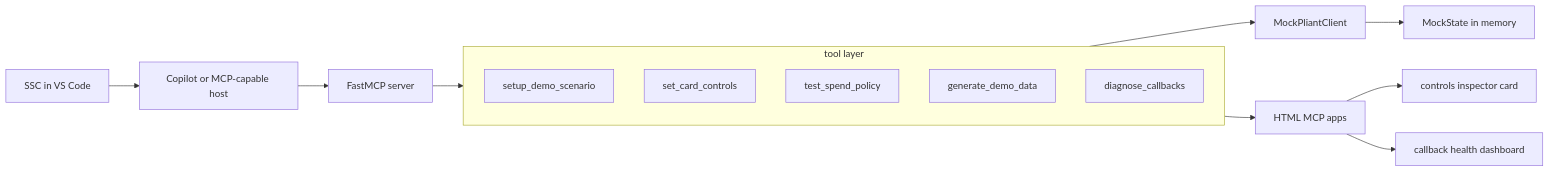
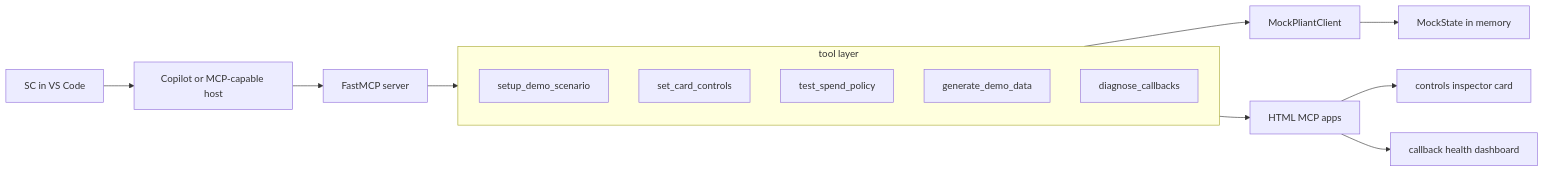
Before and after one commit to V-You/pliant-demo-architect-mcp: the diagram in README.md, drawn with Mermaid. The commit also changed other lines of this file, not shown here.

````diff
--- a/README.md
+++ b/README.md
@@ -43,20 +43,20 @@
 ```mermaid
 flowchart LR
-		U[SSC in VS Code] --> C[Copilot or MCP-capable host]
+		U[SC in VS Code] --> C[Copilot or MCP-capable host]
 		C --> S[FastMCP server]
 
 		subgraph T[tool layer]
 				SD[setup_demo_scenario]
 				SC[set_card_controls]
 				TD[test_spend_policy]
 				GD[generate_demo_data]
 				DC[diagnose_callbacks]
 		end
 
 		S --> T
 		T --> M[MockPliantClient]
 		M --> ST[MockState in memory]
 		T --> A[HTML MCP apps]
 		A --> CI[controls inspector card]
 		A --> CB[callback health dashboard]
 ```
````
